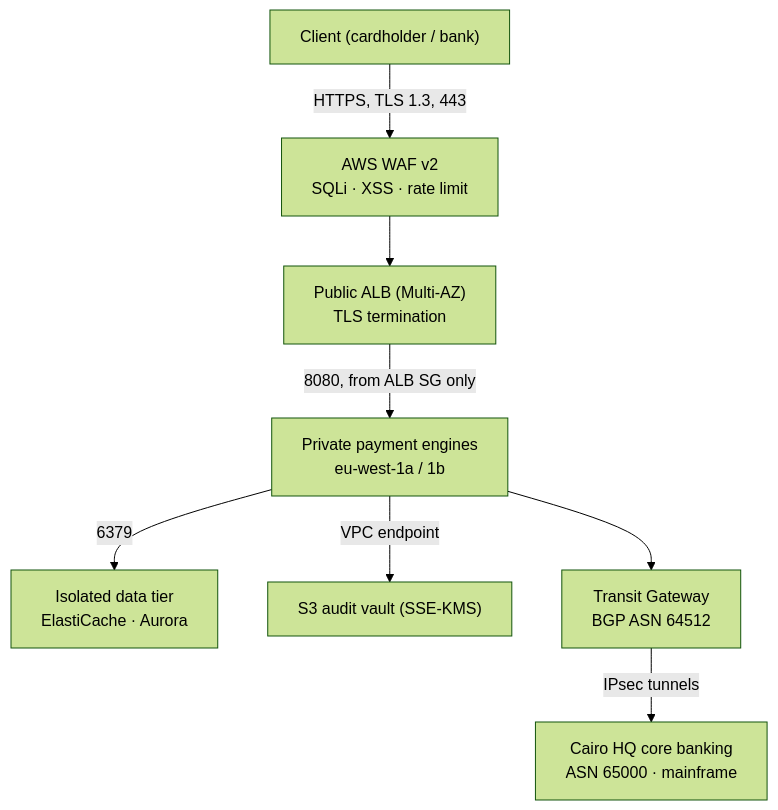
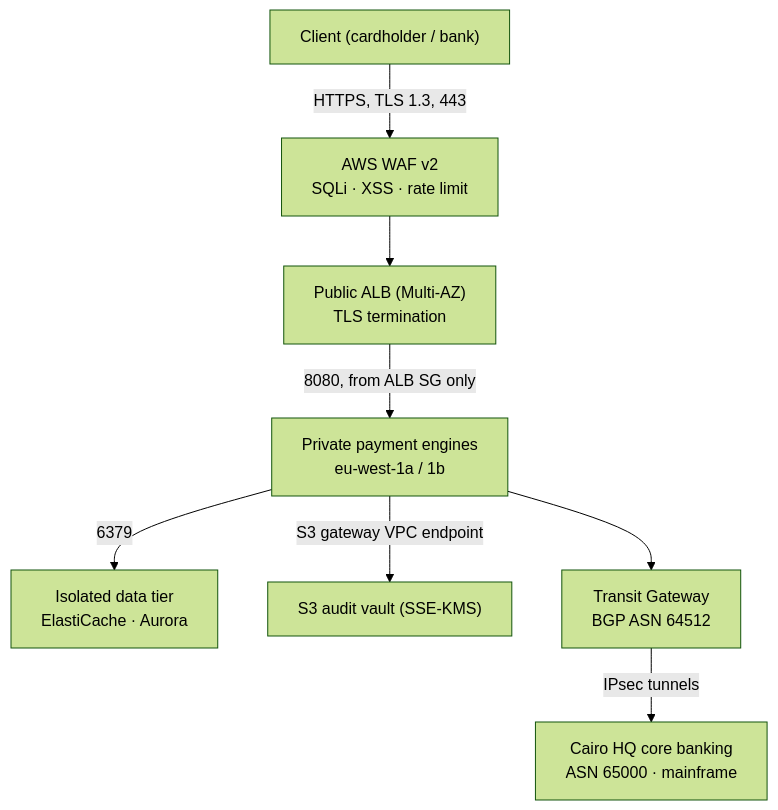
Before and after one commit to MOHAMMED-MOSTAFA-ELSAEED/aws-zero-trust-banking-infrastructure: the diagram in README.md, drawn with Mermaid (forest theme). The commit also changed other lines of this file, not shown here.

First line of the commit message:
Revise architecture and security design details in README

````diff
--- a/README.md
+++ b/README.md
@@ -89,10 +91,10 @@
 ```mermaid
 flowchart TD
     C["Client (cardholder / bank)"] -->|"HTTPS, TLS 1.3, 443"| W["AWS WAF v2<br/>SQLi · XSS · rate limit"]
     W --> A["Public ALB (Multi-AZ)<br/>TLS termination"]
     A -->|"8080, from ALB SG only"| E["Private payment engines<br/>eu-west-1a / 1b"]
     E -->|"6379"| D["Isolated data tier<br/>ElastiCache · Aurora"]
-    E -->|"VPC endpoint"| S["S3 audit vault (SSE-KMS)"]
+    E -->|"S3 gateway VPC endpoint"| S["S3 audit vault (SSE-KMS)"]
     E --> T["Transit Gateway<br/>BGP ASN 64512"]
     T -->|"IPsec tunnels"| H["Cairo HQ core banking<br/>ASN 65000 · mainframe"]
 ```
````
